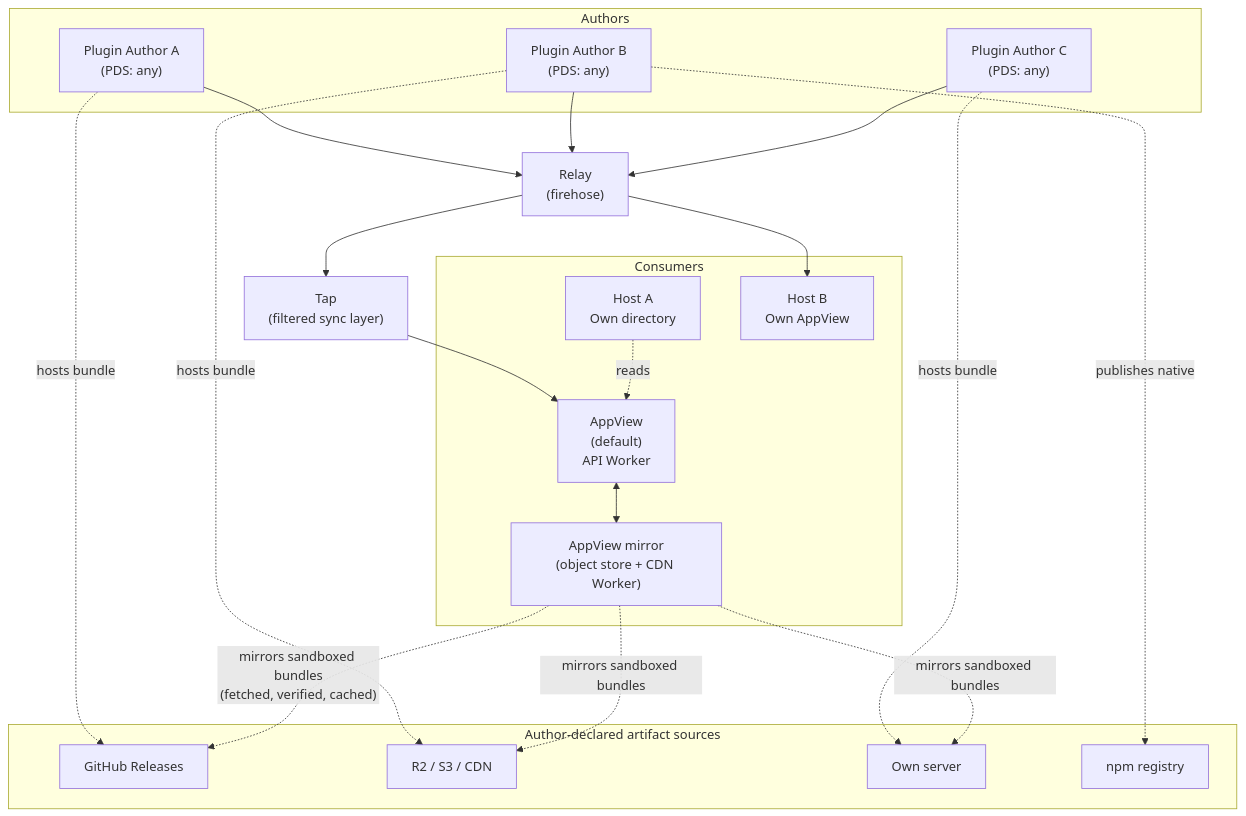
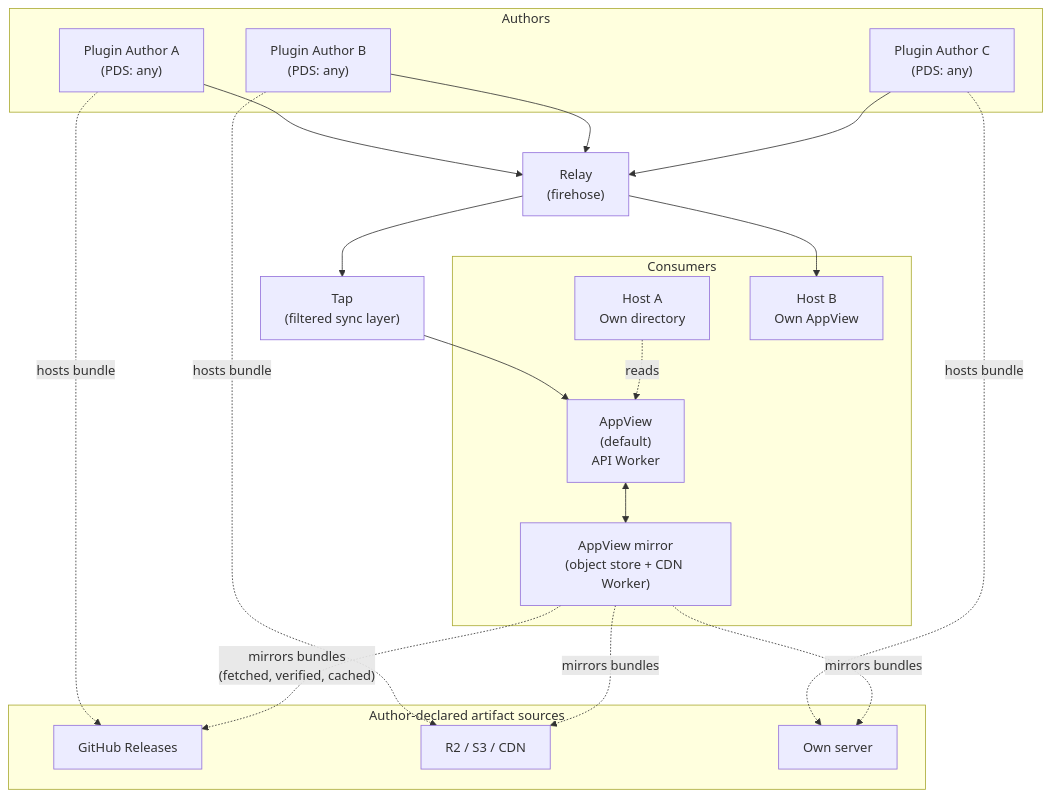
One commit to emdash-cms/emdash changed the first of 3 diagrams in rfcs/0001-plugin-registry.md. Above: the diagram before and after it, drawn with Mermaid. The commit also changed other lines of this file, not shown here.

````diff
--- a/rfcs/0001-plugin-registry.md
+++ b/rfcs/0001-plugin-registry.md
@@ -224,45 +300,43 @@
 ```mermaid
 graph TD
     subgraph Authors
         A1["Plugin Author A<br/>(PDS: any)"]
         A2["Plugin Author B<br/>(PDS: any)"]
         A3["Plugin Author C<br/>(PDS: any)"]
     end
 
     R["Relay<br/>(firehose)"]
     T["Tap<br/>(filtered sync layer)"]
 
     A1 --> R
     A2 --> R
     A3 --> R
     R --> T
 
     subgraph Consumers
         AV["AppView<br/>(default)<br/>API Worker"]
         MIR["AppView mirror<br/>(object store + CDN Worker)"]
         H1["Host A<br/>Own directory"]
         H2["Host B<br/>Own AppView"]
     end
 
     T --> AV
     R --> H2
     AV <--> MIR
 
     subgraph "Author-declared artifact sources"
         GH["GitHub Releases"]
         S3["R2 / S3 / CDN"]
         OWN["Own server"]
-        NPM["npm registry"]
     end
 
     A1 -.->|"hosts bundle"| GH
     A2 -.->|"hosts bundle"| S3
     A3 -.->|"hosts bundle"| OWN
-    A2 -.->|"publishes native"| NPM
 
-    MIR -.->|"mirrors sandboxed bundles<br/>(fetched, verified, cached)"| GH
-    MIR -.->|"mirrors sandboxed bundles"| S3
-    MIR -.->|"mirrors sandboxed bundles"| OWN
+    MIR -.->|"mirrors bundles<br/>(fetched, verified, cached)"| GH
+    MIR -.->|"mirrors bundles"| S3
+    MIR -.->|"mirrors bundles"| OWN
 
     H1 -.->|"reads"| AV
 ```
````
